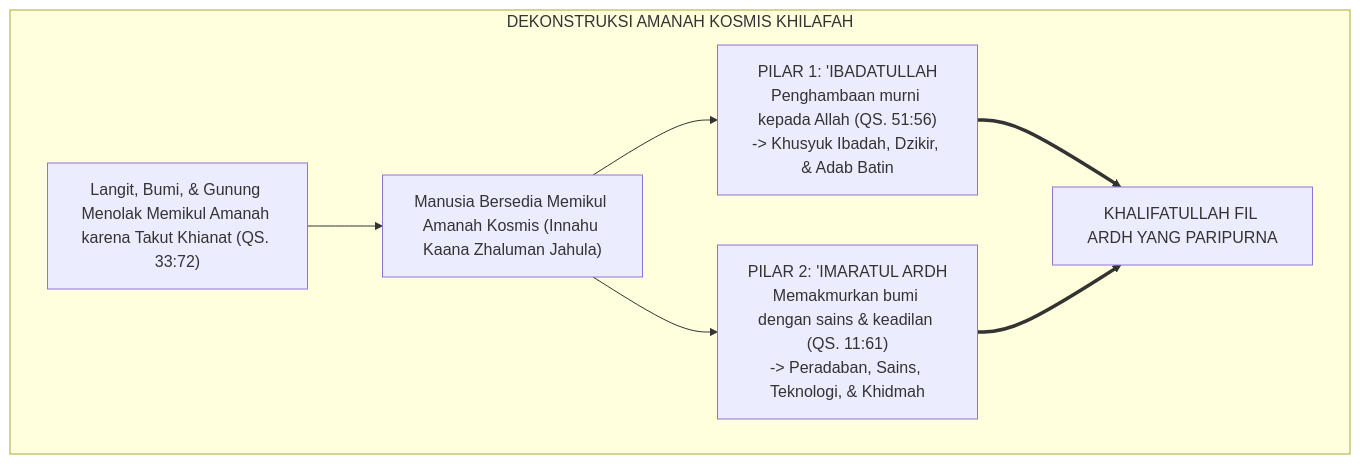
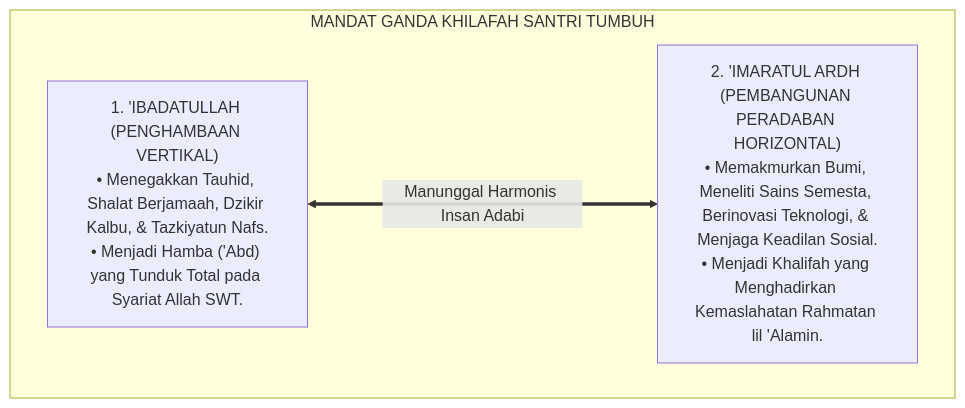
The second of 4 diagrams in 01 Philosophy/02 Human Nature/P1-02-03-Potensi-dan-Amanah.md (wandiapriliyandi/tumbuh), drawn with Mermaid before and after one commit. The commit also changed other lines of this file and 6 other files, not shown here.

````diff
--- a/01 Philosophy/02 Human Nature/P1-02-03-Potensi-dan-Amanah.md
+++ b/01 Philosophy/02 Human Nature/P1-02-03-Potensi-dan-Amanah.md
@@ -124,13 +120,11 @@
 ```mermaid
 flowchart TD
-    subgraph DekonstruksiAmanahKosmis["DEKONSTRUKSI AMANAH KOSMIS KHILAFAH"]
-        Penolakan["Langit, Bumi, & Gunung Menolak Memikul Amanah karena Takut Khianat (QS. 33:72)"]
-        --> Diterima["Manusia Bersedia Memikul Amanah Kosmis (Innahu Kaana Zhaluman Jahula)"]
+    subgraph MandatKhilafahTUMBUH["MANDAT GANDA KHILAFAH SANTRI TUMBUH"]
         
-        Diterima --> Pilar1["PILAR 1: 'IBADATULLAH<br/>Penghambaan murni kepada Allah (QS. 51:56)<br/>-> Khusyuk Ibadah, Dzikir, & Adab Batin"]
+        Mandat1["1. 'IBADATULLAH (PENGHAMBAAN VERTIKAL)<br/>• Menegakkan Tauhid, Shalat Berjamaah, Dzikir Kalbu, & Tazkiyatun Nafs.<br/>• Menjadi Hamba ('Abd) yang Tunduk Total pada Syariat Allah SWT."]
         
-        Diterima --> Pilar2["PILAR 2: 'IMARATUL ARDH<br/>Memakmurkan bumi dengan sains & keadilan (QS. 11:61)<br/>-> Peradaban, Sains, Teknologi, & Khidmah"]
+        Mandat2["2. 'IMARATUL ARDH (PEMBANGUNAN PERADABAN HORIZONTAL)<br/>• Memakmurkan Bumi, Meneliti Sains Semesta, Berinovasi Teknologi, & Menjaga Keadilan Sosial.<br/>• Menjadi Khalifah yang Menghadirkan Kemaslahatan Rahmatan lil 'Alamin."]
         
-        Pilar1 & Pilar2 ==> Sukses["KHALIFATULLAH FIL ARDH YANG PARIPURNA"]
+        Mandat1 <===>|Manunggal Harmonis Insan Adabi| Mandat2
     end
 ```
````
